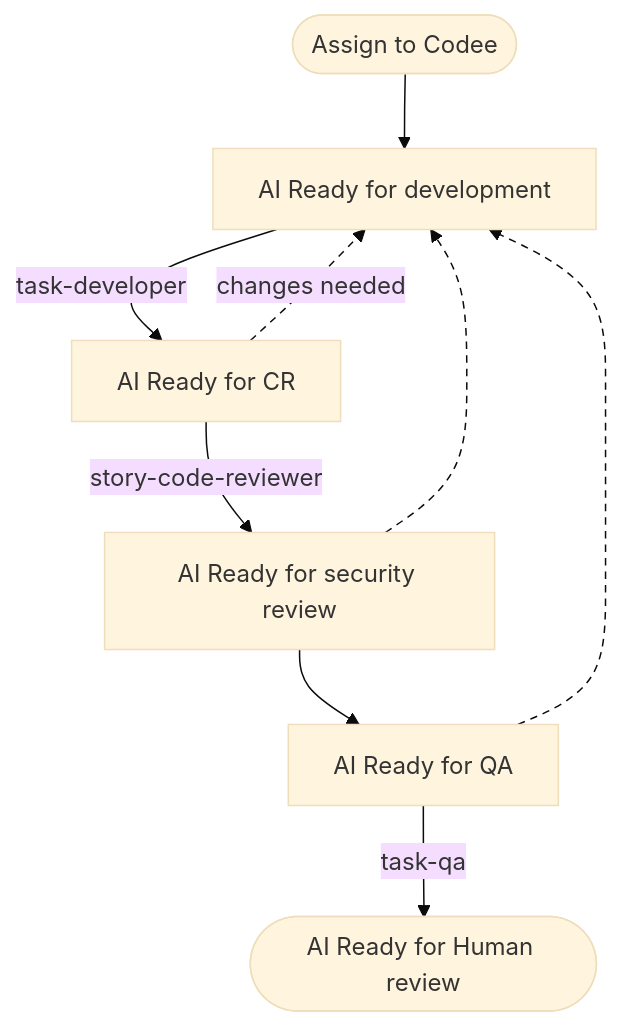
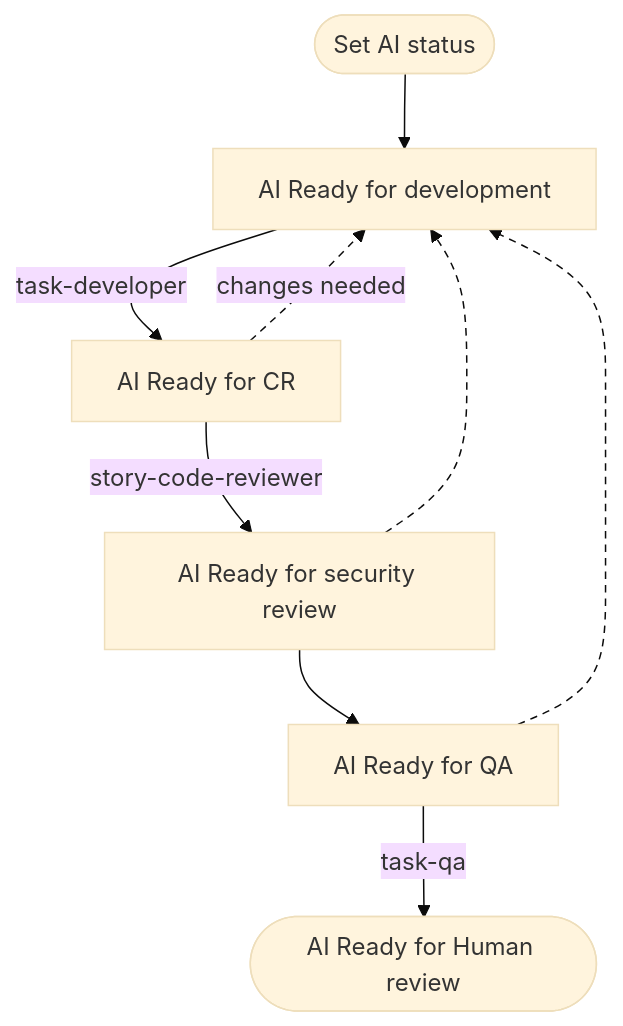
The second of 2 diagrams in docs/docs/tutorials/working-on-tasks-in-jira.mdx (fusebase-dev/codee), drawn with Mermaid (base theme) before and after one commit. The commit also changed other lines of this file and 15 other files, not shown here.

````diff
--- a/docs/docs/tutorials/working-on-tasks-in-jira.mdx
+++ b/docs/docs/tutorials/working-on-tasks-in-jira.mdx
@@ -361,15 +372,15 @@
 ```mermaid
 flowchart TD
-    start([Assign to Codee]) --> dev[AI Ready for development]
+    start([Set AI status]) --> dev[AI Ready for development]
     dev -->|task-developer| cr[AI Ready for CR]
     cr -->|story-code-reviewer| sec[AI Ready for security review]
     sec --> qa[AI Ready for QA]
     qa -->|task-qa| done([AI Ready for Human review])
     cr -.->|changes needed| dev
     sec -.-> dev
     qa -.-> dev
 
     class start,done human
     class dev,cr,sec,qa codee
     linkStyle 5,6,7 stroke-dasharray: 5 4
 ```
````
